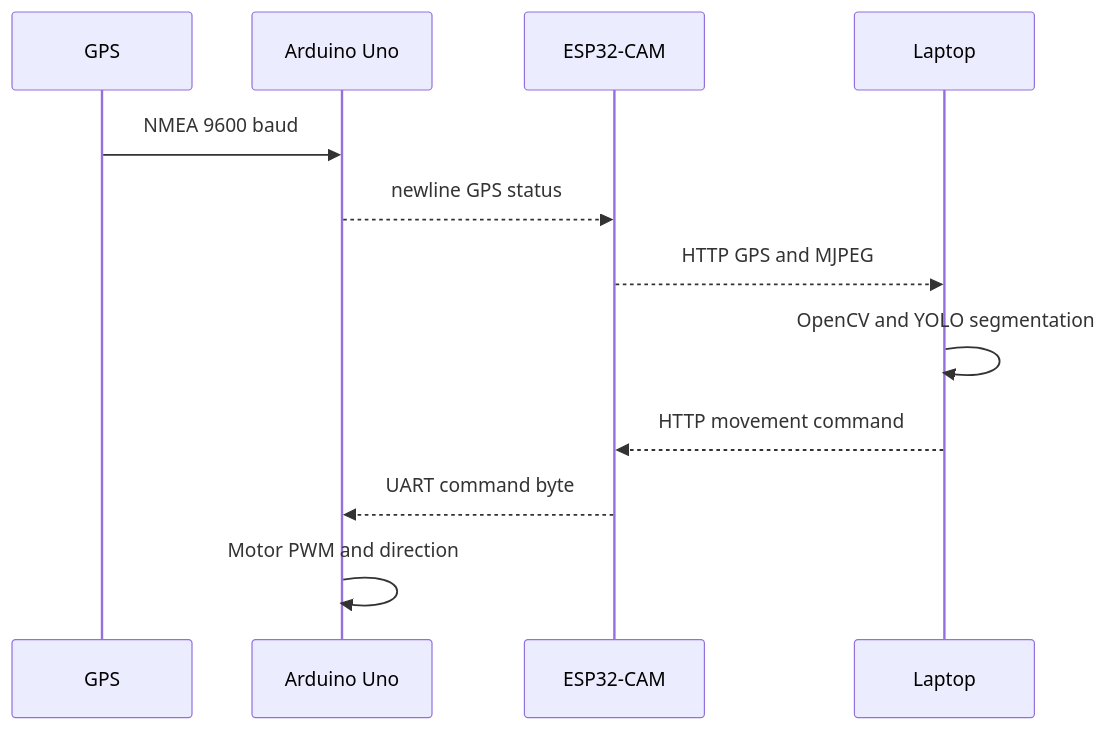
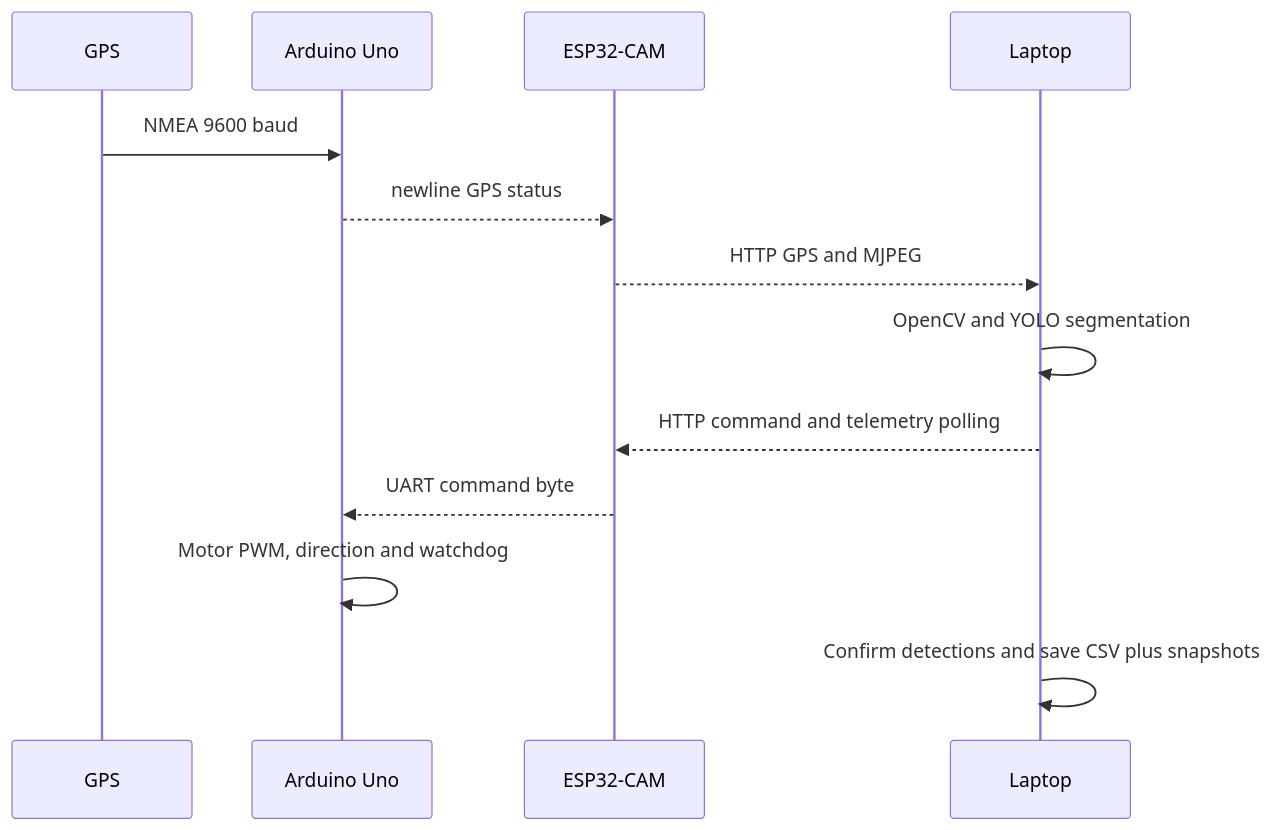
The diagram in docs/system-architecture.md (PrateekSingh438/embedded-sys-project-garbage-segmentation-esp32-cam), drawn with Mermaid before and after one commit. The commit also changed other lines of this file and 13 other files, not shown here.

````diff
--- a/docs/system-architecture.md
+++ b/docs/system-architecture.md
@@ -24,14 +25,15 @@
 ```mermaid
 sequenceDiagram
  participant G as GPS
  participant U as Arduino Uno
  participant E as ESP32-CAM
  participant P as Laptop
  G->>U: NMEA 9600 baud
  U-->>E: newline GPS status
  E-->>P: HTTP GPS and MJPEG
  P->>P: OpenCV and YOLO segmentation
- P-->>E: HTTP movement command
+ P-->>E: HTTP command and telemetry polling
  E-->>U: UART command byte
- U->>U: Motor PWM and direction
+ U->>U: Motor PWM, direction and watchdog
+ P->>P: Confirm detections and save CSV plus snapshots
 ```
````
